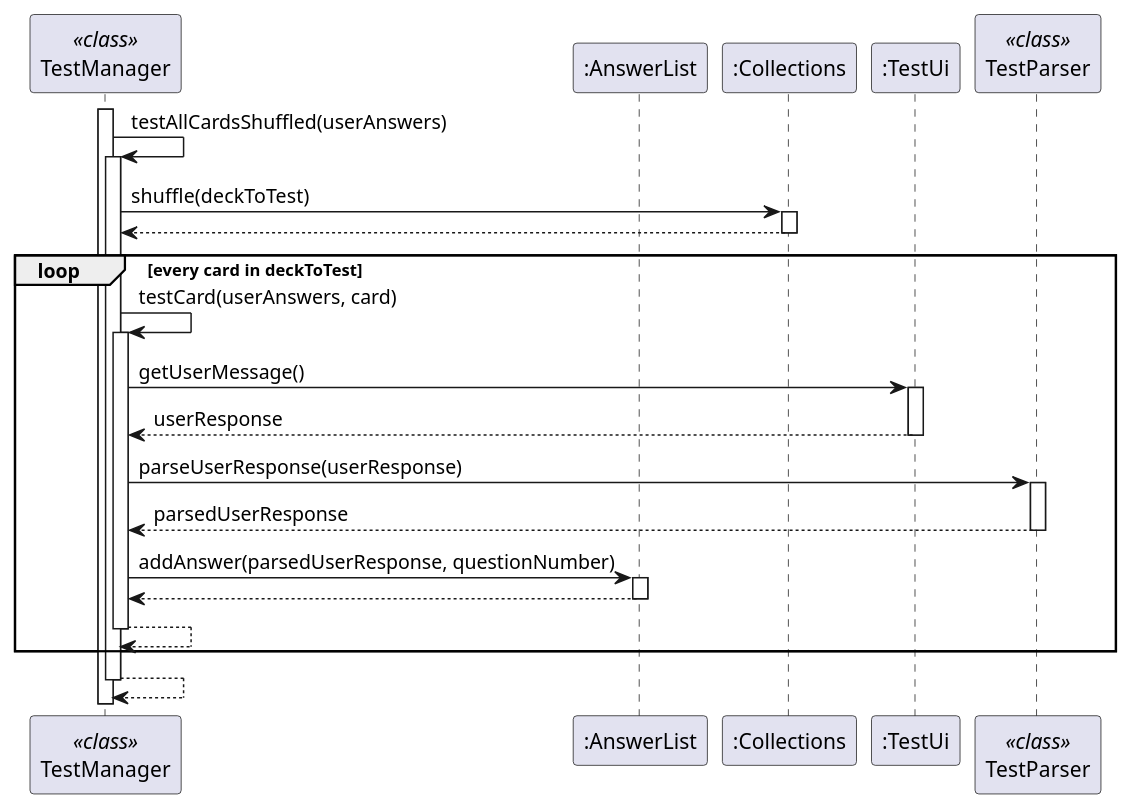
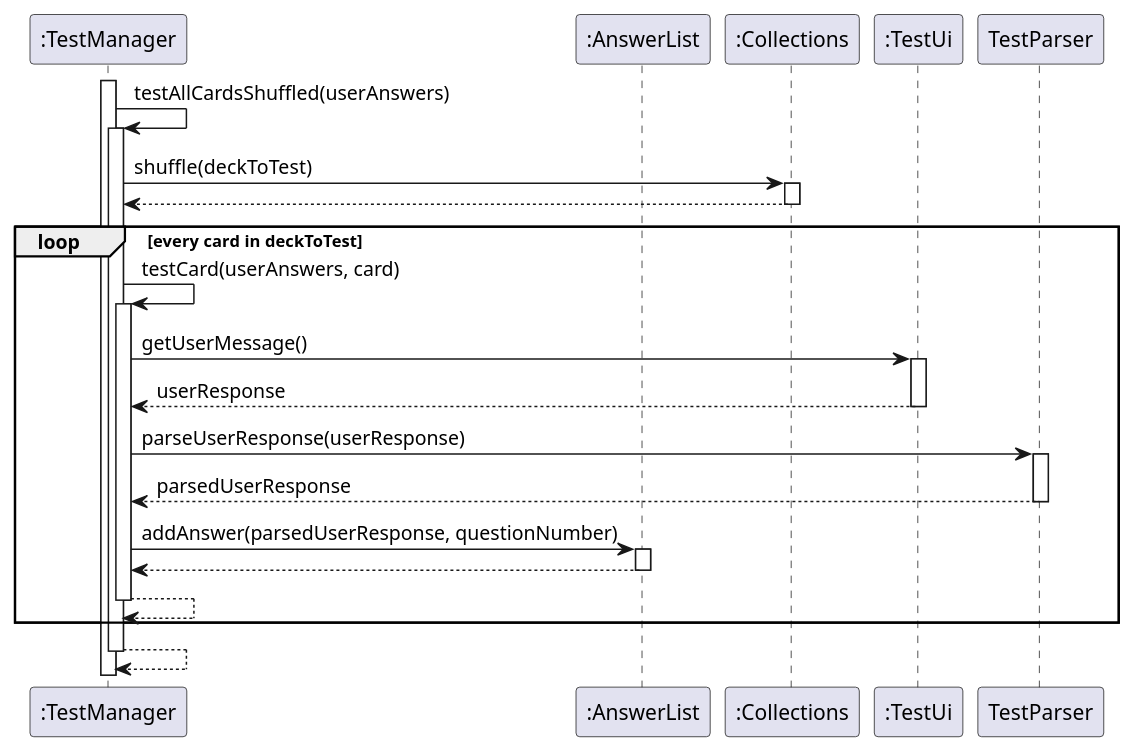
Before and after one commit to xkisxk/tp: the diagram in docs/uml/testAllCardsShuffledSequenceDiagram.puml, drawn with PlantUML. The commit also changed 12 other files, not shown here.

Commit message:
Updated dg and uml diagrams

```diff
--- a/docs/uml/testAllCardsShuffledSequenceDiagram.puml
+++ b/docs/uml/testAllCardsShuffledSequenceDiagram.puml
@@ -1,48 +1,48 @@
 @startuml
-participant "TestManager" as TestManager << class >>
+participant ":TestManager" as TestManager
 participant ":AnswerList" as AnswerList
 participant ":Collections" as Collections
 participant ":TestUi" as TestUi
-participant "TestParser" as TestParser << class >>
+participant "TestParser" as TestParser
 
 activate TestManager
 
 TestManager -> TestManager : testAllCardsShuffled(userAnswers)
 activate TestManager
 
 TestManager -> Collections : shuffle(deckToTest)
 activate Collections
 
 Collections --> TestManager
 deactivate Collections
 
 loop every card in deckToTest
 
 TestManager -> TestManager : testCard(userAnswers, card)
 activate TestManager
 
 'TestManager -> TestUi : printQuestion(card, questionNumber)
 'TestUi --> TestManager
 
 TestManager -> TestUi : getUserMessage()
 activate TestUi
 TestUi --> TestManager : userResponse
 deactivate TestUi
 
 TestManager -> TestParser : parseUserResponse(userResponse)
 activate TestParser
 TestParser --> TestManager : parsedUserResponse
 deactivate TestParser
 
 TestManager -> AnswerList : addAnswer(parsedUserResponse, questionNumber)
 activate AnswerList
 AnswerList --> TestManager
 deactivate AnswerList
 
 TestManager --> TestManager
 deactivate TestManager
 end
 
 TestManager --> TestManager
 deactivate TestManager
 @enduml
```
